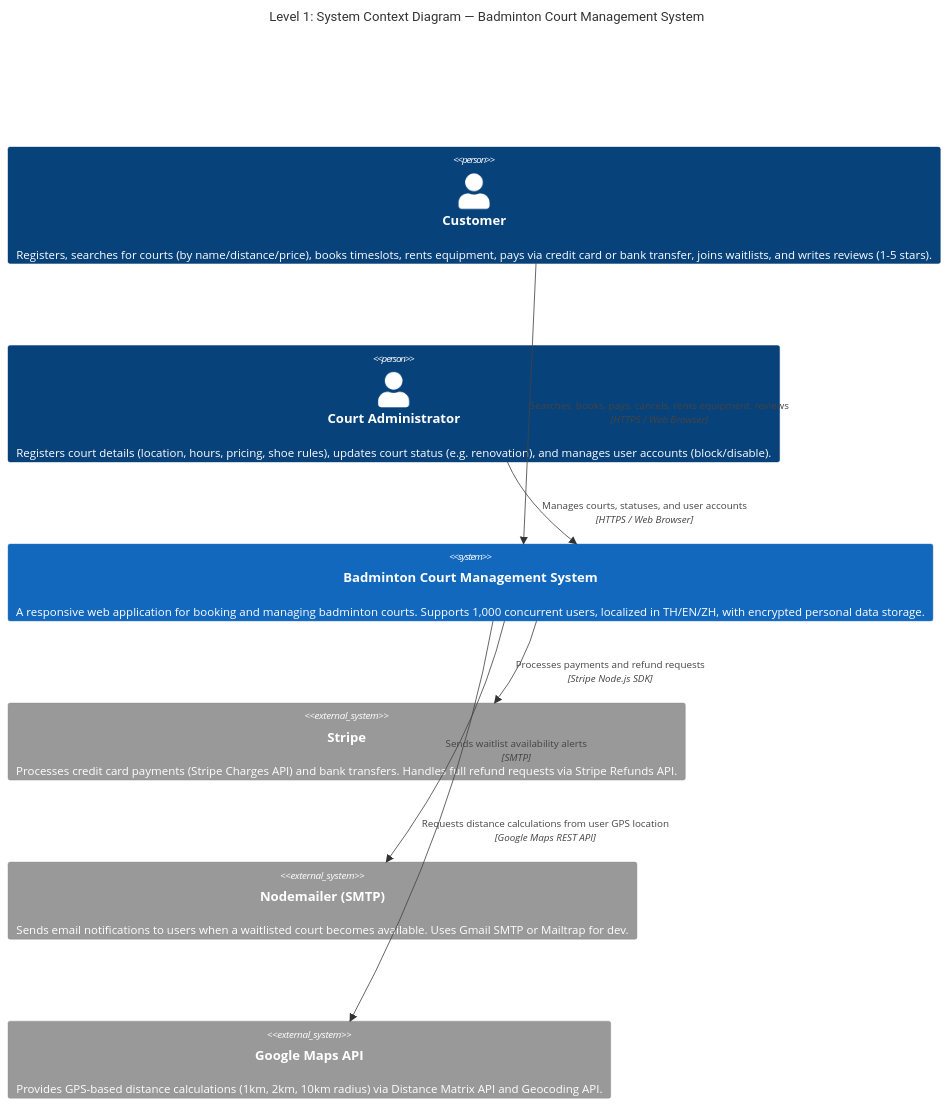
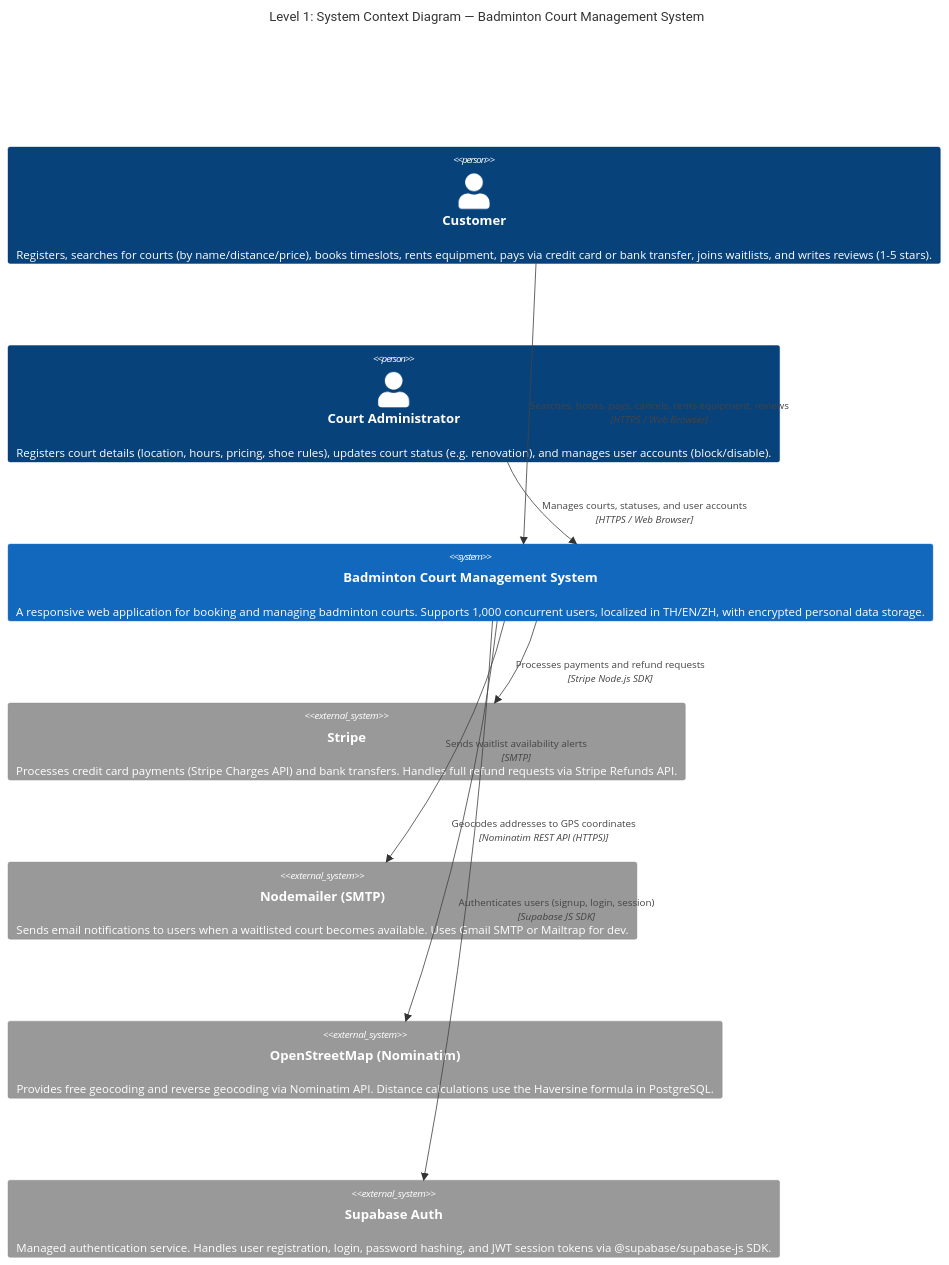
The first of 7 diagrams in designs/FolkliyGrunt_D1_Design.md (antnpwr/2025-ITCS383-FolkliyGrunt), drawn with Mermaid before and after one commit. The commit also changed other lines of this file, not shown here.

````diff
--- a/designs/FolkliyGrunt_D1_Design.md
+++ b/designs/FolkliyGrunt_D1_Design.md
@@ -12,20 +12,22 @@
 ```mermaid
 C4Context
     title Level 1: System Context Diagram — Badminton Court Management System
 
     Person(customer, "Customer", "Registers, searches for courts (by name/distance/price), books timeslots, rents equipment, pays via credit card or bank transfer, joins waitlists, and writes reviews (1-5 stars).")
     Person(admin, "Court Administrator", "Registers court details (location, hours, pricing, shoe rules), updates court status (e.g. renovation), and manages user accounts (block/disable).")
 
     System(bms, "Badminton Court Management System", "A responsive web application for booking and managing badminton courts. Supports 1,000 concurrent users, localized in TH/EN/ZH, with encrypted personal data storage.")
 
     System_Ext(payment_sys, "Stripe", "Processes credit card payments (Stripe Charges API) and bank transfers. Handles full refund requests via Stripe Refunds API.")
     System_Ext(notification_sys, "Nodemailer (SMTP)", "Sends email notifications to users when a waitlisted court becomes available. Uses Gmail SMTP or Mailtrap for dev.")
-    System_Ext(map_sys, "Google Maps API", "Provides GPS-based distance calculations (1km, 2km, 10km radius) via Distance Matrix API and Geocoding API.")
+    System_Ext(map_sys, "OpenStreetMap (Nominatim)", "Provides free geocoding and reverse geocoding via Nominatim API. Distance calculations use the Haversine formula in PostgreSQL.")
+    System_Ext(auth_sys, "Supabase Auth", "Managed authentication service. Handles user registration, login, password hashing, and JWT session tokens via @supabase/supabase-js SDK.")
 
     Rel(customer, bms, "Searches, books, pays, cancels, rents equipment, reviews", "HTTPS / Web Browser")
     Rel(admin, bms, "Manages courts, statuses, and user accounts", "HTTPS / Web Browser")
 
     Rel(bms, payment_sys, "Processes payments and refund requests", "Stripe Node.js SDK")
     Rel(bms, notification_sys, "Sends waitlist availability alerts", "SMTP")
-    Rel(bms, map_sys, "Requests distance calculations from user GPS location", "Google Maps REST API")
+    Rel(bms, map_sys, "Geocodes addresses to GPS coordinates", "Nominatim REST API (HTTPS)")
+    Rel(bms, auth_sys, "Authenticates users (signup, login, session)", "Supabase JS SDK")
 ```
````
